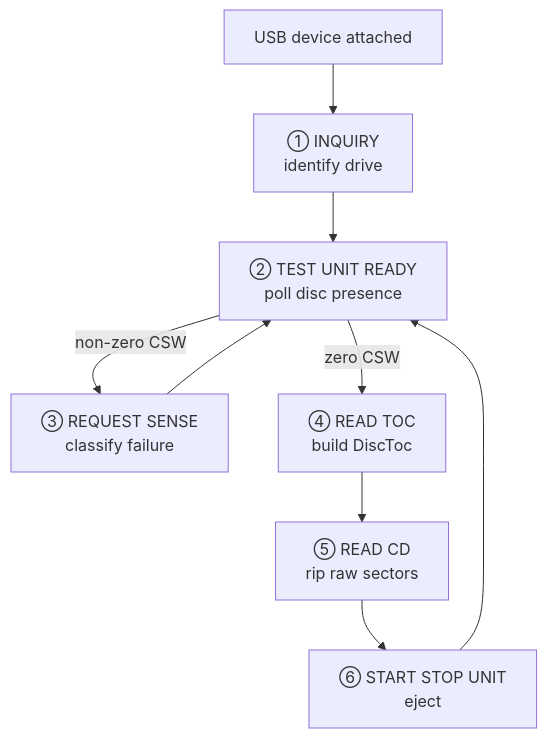
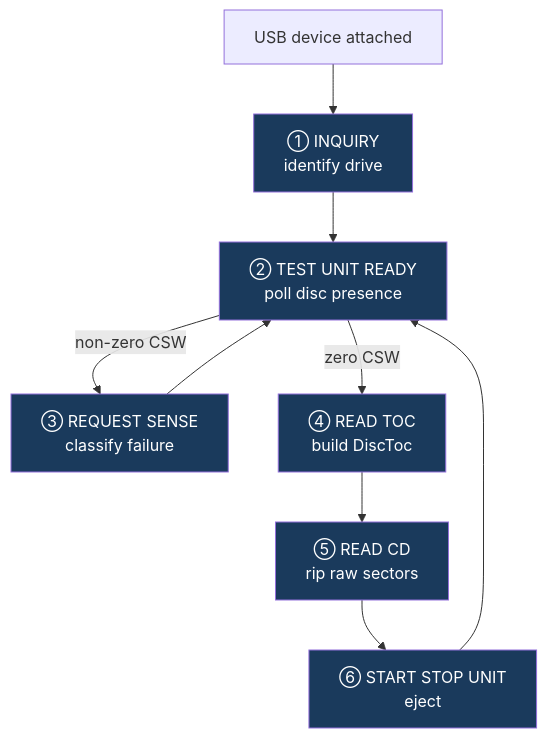
The sixth of 6 diagrams in docs/usb/SCSI.md (steve-keep/BitPerfect), drawn with Mermaid before and after one commit. The commit also changed other lines of this file, not shown here.

````diff
--- a/docs/usb/SCSI.md
+++ b/docs/usb/SCSI.md
@@ -510,11 +654,18 @@
 ```mermaid
 flowchart TD
     ATTACH["USB device attached"] --> INQ["① INQUIRY\nidentify drive"]
     INQ --> TUR["② TEST UNIT READY\npoll disc presence"]
     TUR -->|non-zero CSW| RS["③ REQUEST SENSE\nclassify failure"]
     RS --> TUR
     TUR -->|zero CSW| RTOC["④ READ TOC\nbuild DiscToc"]
     RTOC --> RCD["⑤ READ CD\nrip raw sectors"]
     RCD --> SSU["⑥ START STOP UNIT\neject"]
     SSU --> TUR
+
+    style INQ fill:#1a3a5c,color:#fff
+    style TUR fill:#1a3a5c,color:#fff
+    style RS fill:#1a3a5c,color:#fff
+    style RTOC fill:#1a3a5c,color:#fff
+    style RCD fill:#1a3a5c,color:#fff
+    style SSU fill:#1a3a5c,color:#fff
 ```
````
